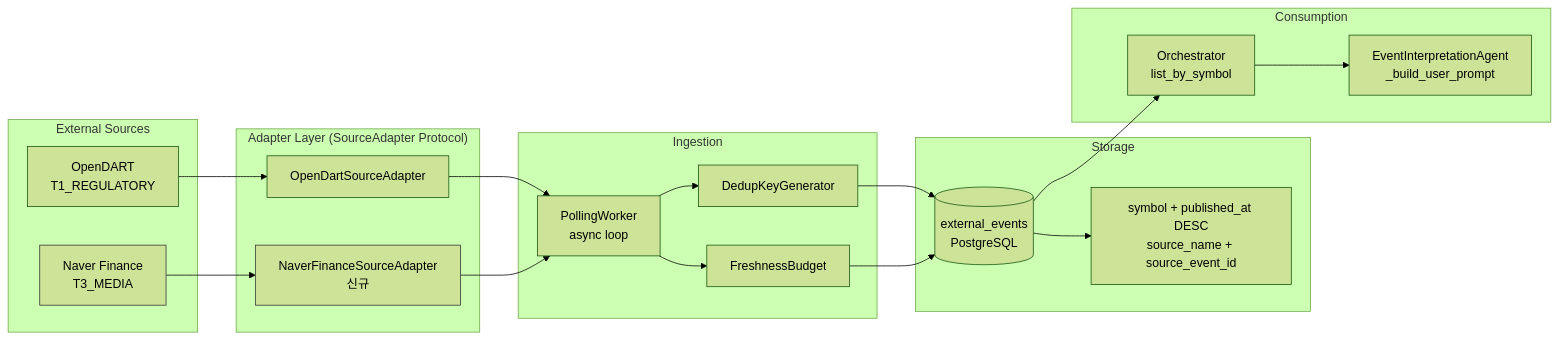
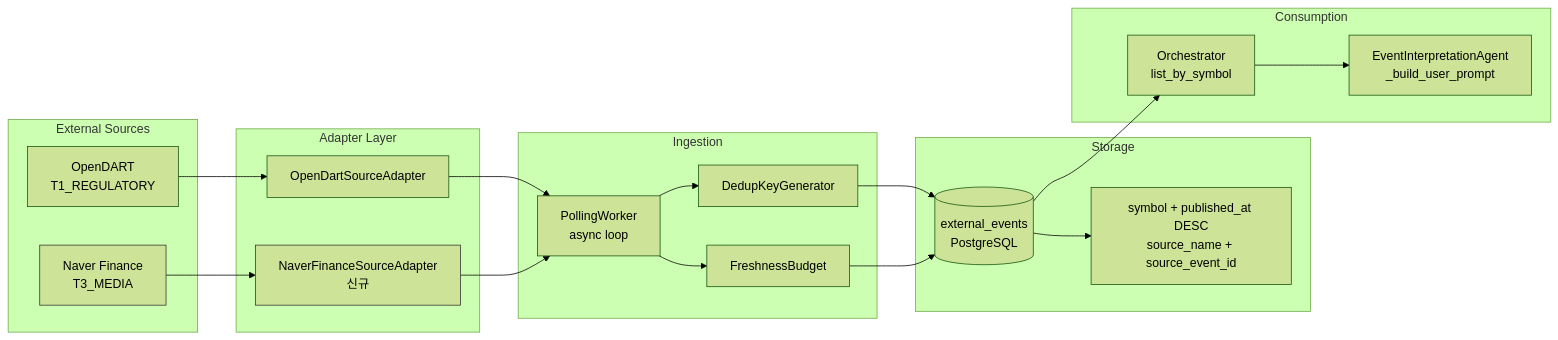
The diagram in plans/news_source_adapter_1st_design.md (BenJLeeKR/trading_agent), drawn with Mermaid (forest theme) before and after one commit. The commit also changed other lines of this file and 8 other files, not shown here.

````diff
--- a/plans/news_source_adapter_1st_design.md
+++ b/plans/news_source_adapter_1st_design.md
@@ -393,43 +655,43 @@
 ```mermaid
 flowchart LR
     subgraph "External Sources"
         OD[OpenDART<br/>T1_REGULATORY]
         NF[Naver Finance<br/>T3_MEDIA]
     end
     
-    subgraph "Adapter Layer (SourceAdapter Protocol)"
+    subgraph "Adapter Layer"
         ODA[OpenDartSourceAdapter]
         NFA[NaverFinanceSourceAdapter<br/>신규]
     end
     
     subgraph "Ingestion"
         PW[PollingWorker<br/>async loop]
-        FK[DedupKeyGenerator]
+        DG[DedupKeyGenerator]
         FB[FreshnessBudget]
     end
     
     subgraph "Storage"
         EE[(external_events<br/>PostgreSQL)]
         IDX[symbol + published_at DESC<br/>source_name + source_event_id]
     end
     
     subgraph "Consumption"
         ORCH[Orchestrator<br/>list_by_symbol]
         EI[EventInterpretationAgent<br/>_build_user_prompt]
     end
     
     OD --> ODA
     NF --> NFA
     
     ODA --> PW
     NFA --> PW
     
-    PW --> FK --> EE
+    PW --> DG --> EE
     PW --> FB --> EE
     
     EE --> IDX
     EE --> ORCH --> EI
     
     style NFA fill:#lightyellow,stroke:#333
     style NF fill:#lightyellow,stroke:#333
 ```
````
